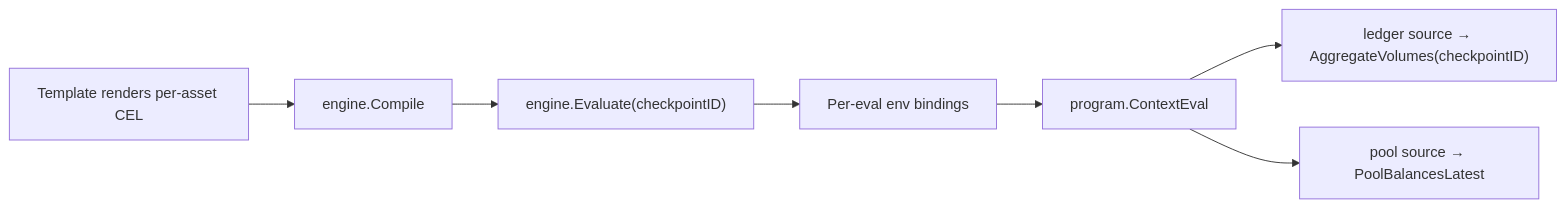
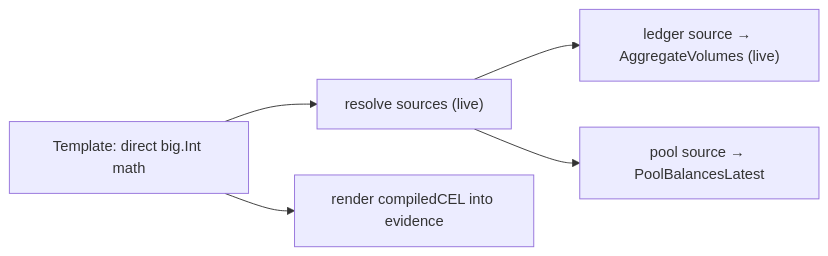
The second of 3 diagrams in docs/technical/architecture.md (formancehq/reconciliation), drawn with Mermaid before and after one commit. The commit also changed other lines of this file and 4 other files, not shown here.

First line of the commit message:
docs(ledger-v3): sync docs to the checkpoint-alternative model (step 4)

````diff
--- a/docs/technical/architecture.md
+++ b/docs/technical/architecture.md
@@ -88,9 +89,7 @@
 ```mermaid
 flowchart LR
-    Tmpl[Template renders per-asset CEL] --> Compile[engine.Compile]
-    Compile --> Evaluate["engine.Evaluate(checkpointID)"]
-    Evaluate --> Bindings[Per-eval env bindings]
-    Bindings --> Run[program.ContextEval]
-    Run --> LR["ledger source → AggregateVolumes(checkpointID)"]
-    Run --> PR["pool source → PoolBalancesLatest"]
+    Tmpl["Template: direct big.Int math"] --> Reads["resolve sources (live)"]
+    Reads --> LR["ledger source → AggregateVolumes (live)"]
+    Reads --> PR["pool source → PoolBalancesLatest"]
+    Tmpl --> Evidence["render compiledCEL into evidence"]
 ```
````
